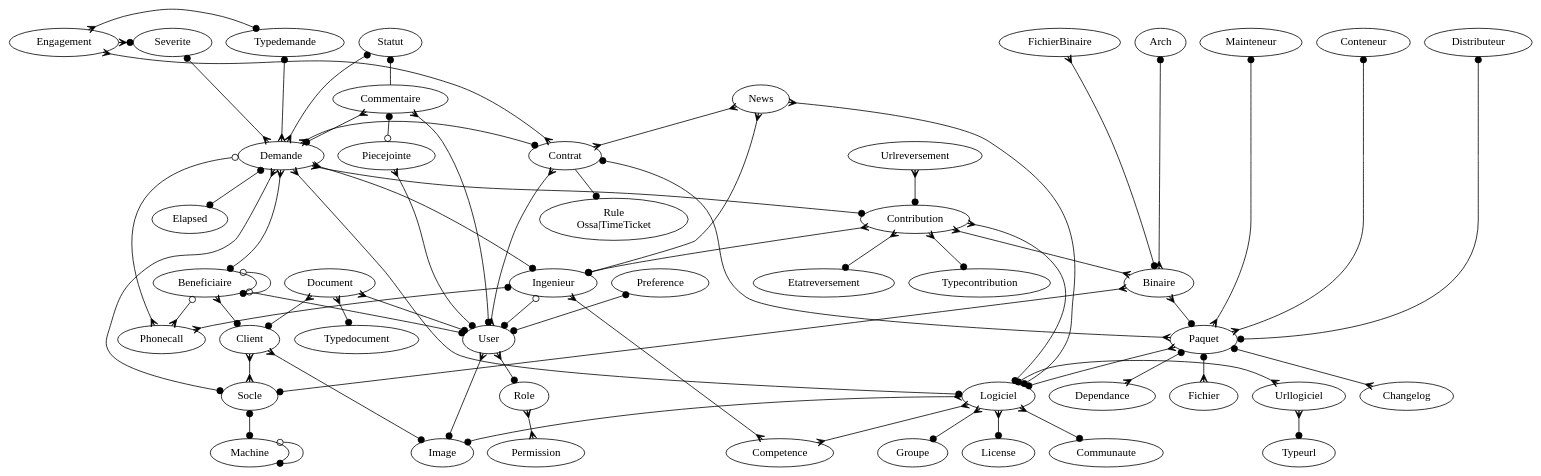
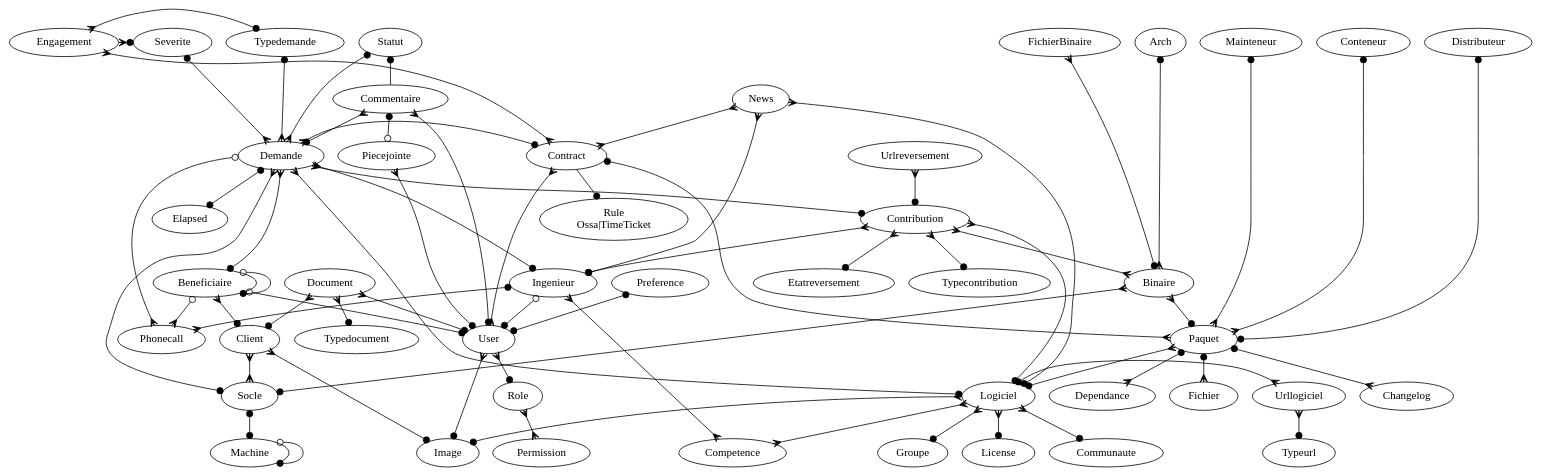
The diagram in doc/modele_donnee.dot (trivoallan/tosca), drawn with Graphviz before and after one commit. The commit also changed 6 other files, not shown here.

```diff
--- a/doc/modele_donnee.dot
+++ b/doc/modele_donnee.dot
@@ -1,94 +1,94 @@
 digraph x {
 
 //rotate=90;
 
 {rank=min; Distributeur Mainteneur Conteneur }
 {rank=min; Typedemande Severite Engagement } 
 {rank=min; Arch FichierBinaire Statut }
-{rank=same; Contrat Demande }
+{rank=same; Contract Demande }
 {rank=same; Beneficiaire Ingenieur }
 {rank=same; Logiciel Urllogiciel }
 
 Rule [label="Rule\nOssa|TimeTicket"]
 
 Binaire -> Paquet [arrowhead=dot,arrowtail=crow,dir=both]
 Binaire -> Socle [arrowhead=dot,dir=both,arrowtail=crow]
 Binaire -> Arch [arrowhead=dot,dir=both,arrowtail=crow]
 Binaire -> FichierBinaire [arrowhead=crow,dir=both,arrowtail=dot]
 
 Beneficiaire -> User [arrowhead=dot,arrowtail=odot,dir=both]
 Beneficiaire -> Phonecall [arrowhead=crow,arrowtail=odot,dir=both]
 Beneficiaire -> Client [arrowhead=dot,dir=both,arrowtail=crow]
 Beneficiaire -> Beneficiaire [arrowhead=dot,arrowtail=odot,dir=both]
 
 Client -> Image [arrowhead=dot,dir=both,arrowtail=crow]
 Client -> Socle [arrowhead=crow,dir=both,arrowtail=crow]
 
 Commentaire -> Demande [arrowhead=dot,dir=both,arrowtail=crow]
 Commentaire -> User [arrowhead=dot,dir=both,arrowtail=crow]
 Commentaire -> Piecejointe [arrowhead=odot,dir=both,arrowtail=dot]
 Commentaire -> Statut [arrowhead=dot]
 
-Contrat -> User [arrowhead=crow,dir=both,arrowtail=crow]
-Contrat -> Engagement [arrowhead=crow,arrowtail=crow,dir=both]
-Contrat -> Rule [arrowhead=dot,arrowtail=crow]
+Contract -> User [arrowhead=crow,dir=both,arrowtail=crow]
+Contract -> Engagement [arrowhead=crow,arrowtail=crow,dir=both]
+Contract -> Rule [arrowhead=dot,arrowtail=crow]
 
 User -> Image [arrowhead=dot,dir=both,arrowtail=crow]
 User -> Role [arrowhead=dot,arrowtail=crow,dir=both]
 Ingenieur -> Competence [arrowhead=crow,arrowtail=crow,dir=both]
 Ingenieur -> User [arrowhead=dot,arrowtail=odot,dir=both]
 Ingenieur -> Phonecall [arrowhead=crow,dir=both,arrowtail=dot]
 
 Logiciel -> Competence [arrowhead=crow,arrowtail=crow,dir=both]
 Logiciel -> License [arrowhead=dot,dir=both,arrowtail=crow]
 Logiciel -> Communaute [arrowhead=dot,dir=both,arrowtail=crow]
 Logiciel -> Groupe [arrowhead=dot,dir=both,arrowtail=crow]
 Logiciel -> Image [arrowhead=dot,dir=both,arrowtail=crow]
 
 
 News -> Ingenieur [arrowhead=dot,dir=both,arrowtail=crow]
-News -> Contrat [arrowhead=crow,dir=both,arrowtail=crow]
+News -> Contract [arrowhead=crow,dir=both,arrowtail=crow]
 News -> Logiciel [arrowhead=dot,dir=both,arrowtail=crow]
 
 Demande -> Typedemande [arrowhead=dot,dir=both,arrowtail=crow]
 Demande -> Elapsed [arrowhead=dot,dir=both,arrowtail=dot]
 Demande -> Logiciel [arrowhead=dot,dir=both,arrowtail=crow]
 Demande -> Severite [arrowhead=dot,dir=both,arrowtail=crow]
 Demande -> Beneficiaire [arrowhead=dot,dir=both,arrowtail=crow]
 Demande -> Socle [arrowhead=dot,dir=both,arrowtail=crow]
 Demande -> Contribution [arrowhead=dot,dir=both,arrowtail=crow]
-Demande -> Contrat [arrowhead=dot,dir=both,arrowtail=crow]
+Demande -> Contract [arrowhead=dot,dir=both,arrowtail=crow]
 Demande -> Statut [arrowhead=dot,dir=both,arrowtail=crow]
 Demande -> Ingenieur [arrowhead=dot,dir=both,arrowtail=crow]
 Demande -> Phonecall [arrowhead=crow,arrowtail=odot,dir=both]
 
 Paquet -> Logiciel [arrowhead=dot,dir=both,arrowtail=crow]
 Paquet -> Fichier [arrowhead=crow,dir=both,arrowtail=dot]
-Paquet -> Contrat [arrowhead=dot,dir=both,arrowtail=crow]
+Paquet -> Contract [arrowhead=dot,dir=both,arrowtail=crow]
 Paquet -> Changelog [arrowhead=crow,dir=both,arrowtail=dot]
 Paquet -> Distributeur [arrowhead=dot,dir=both,arrowtail=dot]
 Paquet -> Dependance [arrowhead=crow,dir=both,arrowtail=dot]
 Paquet -> Mainteneur [arrowhead=dot,dir=both,arrowtail=crow]
 Paquet -> Conteneur [arrowhead=dot,dir=both,arrowtail=crow]
 Preference -> User [arrowhead=dot,arrowtail=dot,dir=both]
 Socle -> Machine [arrowhead=dot,dir=both,arrowtail=dot]
 Machine -> Machine [arrowhead=dot,dir=both,arrowtail=odot]
 Urllogiciel -> Logiciel [arrowhead=dot,dir=both,arrowtail=crow]
 Urllogiciel -> Typeurl [arrowhead=dot,dir=both,arrowtail=crow]
 Engagement -> Severite [arrowhead=dot,dir=both,arrowtail=crow]
 Engagement -> Typedemande [arrowhead=dot,dir=both,arrowtail=crow]
 Role -> Permission [arrowhead=crow,arrowtail=crow,dir=both]
 Contribution -> Binaire [arrowhead=crow,arrowtail=crow,dir=both]
 Urlreversement -> Contribution [arrowhead=dot,dir=both,arrowtail=crow]
 
 Contribution -> Etatreversement [arrowhead=dot,dir=both,arrowtail=crow]
 Contribution -> Typecontribution [arrowhead=dot,dir=both,arrowtail=crow]
 Contribution -> Logiciel [arrowhead=dot,dir=both,arrowtail=crow]
 Contribution -> Ingenieur [arrowhead=dot,dir=both,arrowtail=crow]
 Piecejointe -> User [arrowtail=crow,dir=both,arrowhead=dot]
 Document -> Client [arrowhead=dot,dir=both,arrowtail=crow]
 Document -> Typedocument [arrowhead=dot,dir=both,arrowtail=crow]
 Document -> User [arrowhead=dot,dir=both,arrowtail=crow]
 
 
 }
```
